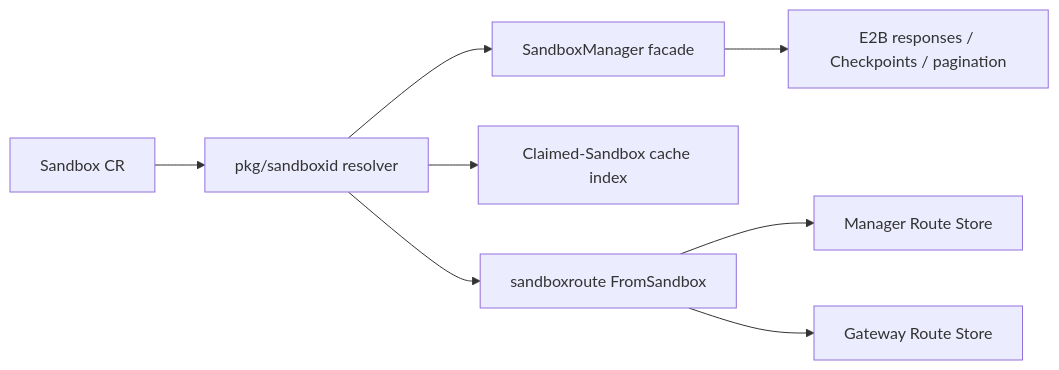
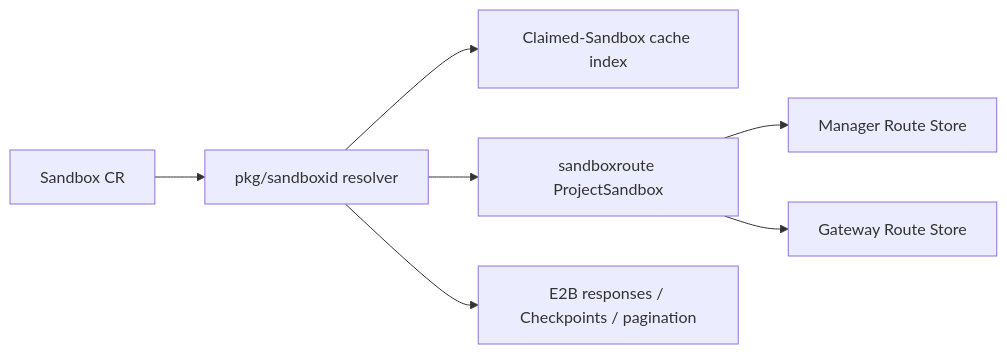
One commit to AiRanthem/agents changed the third of 3 diagrams in docs/proposals/20260711-short-sandbox-id.md. Above: the diagram before and after it, drawn with Mermaid. The commit also changed other lines of this file and 29 other files, not shown here.

````diff
--- a/docs/proposals/20260711-short-sandbox-id.md
+++ b/docs/proposals/20260711-short-sandbox-id.md
@@ -276,10 +277,9 @@
 ```mermaid
 flowchart LR
     S[Sandbox CR] --> R[pkg/sandboxid resolver]
-    R --> M[SandboxManager facade]
     R --> C[Claimed-Sandbox cache index]
-    R --> P[sandboxroute FromSandbox]
-    M --> E[E2B responses / Checkpoints / pagination]
+    R --> P[sandboxroute ProjectSandbox]
+    R --> E[E2B responses / Checkpoints / pagination]
     P --> MS[Manager Route Store]
     P --> GS[Gateway Route Store]
 ```
````
